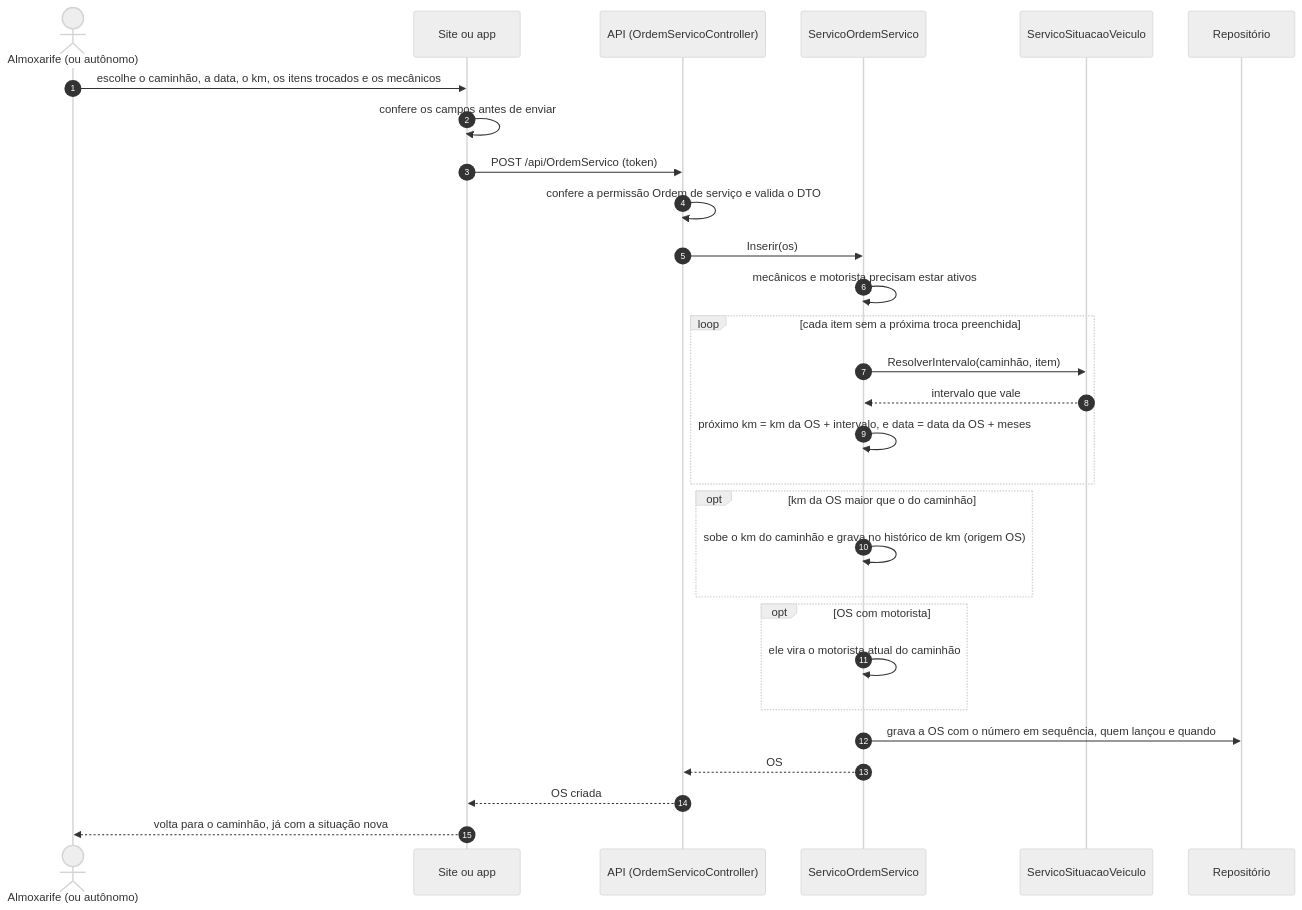
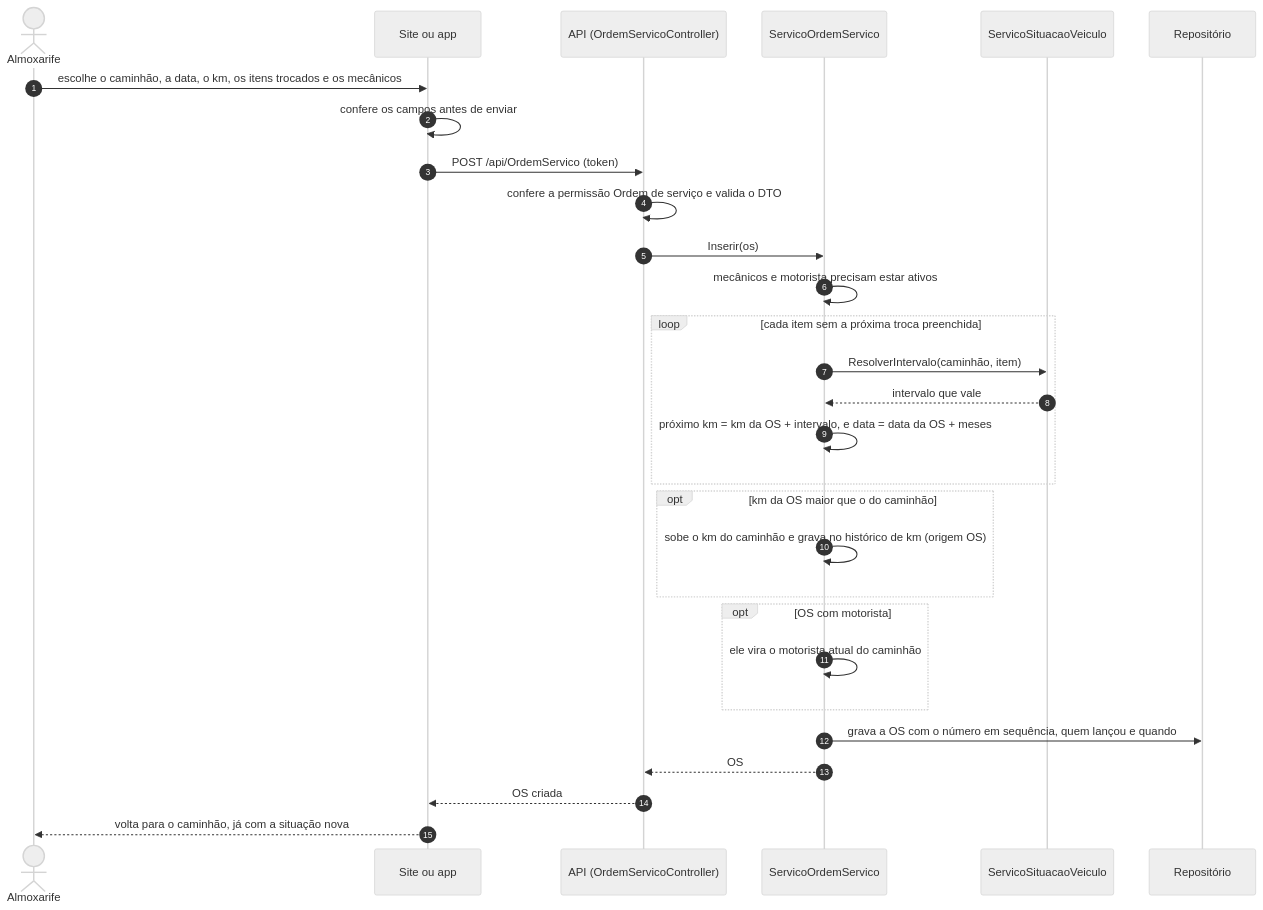
One commit to LeandroPoletti/CheckTruck changed the third of 8 diagrams in docs/fluxos.md. Above: the diagram before and after it, drawn with Mermaid (neutral theme). The commit also changed other lines of this file and 63 other files, not shown here.

````diff
--- a/docs/fluxos.md
+++ b/docs/fluxos.md
@@ -59,32 +59,32 @@
 ```mermaid
 sequenceDiagram
     autonumber
-    actor P as Almoxarife (ou autônomo)
+    actor P as Almoxarife
     participant C as Site ou app
     participant A as API (OrdemServicoController)
     participant O as ServicoOrdemServico
     participant S as ServicoSituacaoVeiculo
     participant R as Repositório
 
     P->>C: escolhe o caminhão, a data, o km, os itens trocados e os mecânicos
     C->>C: confere os campos antes de enviar
     C->>A: POST /api/OrdemServico (token)
     A->>A: confere a permissão Ordem de serviço e valida o DTO
     A->>O: Inserir(os)
     O->>O: mecânicos e motorista precisam estar ativos
     loop cada item sem a próxima troca preenchida
         O->>S: ResolverIntervalo(caminhão, item)
         S-->>O: intervalo que vale
         O->>O: próximo km = km da OS + intervalo, e data = data da OS + meses
     end
     opt km da OS maior que o do caminhão
         O->>O: sobe o km do caminhão e grava no histórico de km (origem OS)
     end
     opt OS com motorista
         O->>O: ele vira o motorista atual do caminhão
     end
     O->>R: grava a OS com o número em sequência, quem lançou e quando
     O-->>A: OS
     A-->>C: OS criada
     C-->>P: volta para o caminhão, já com a situação nova
 ```
````
